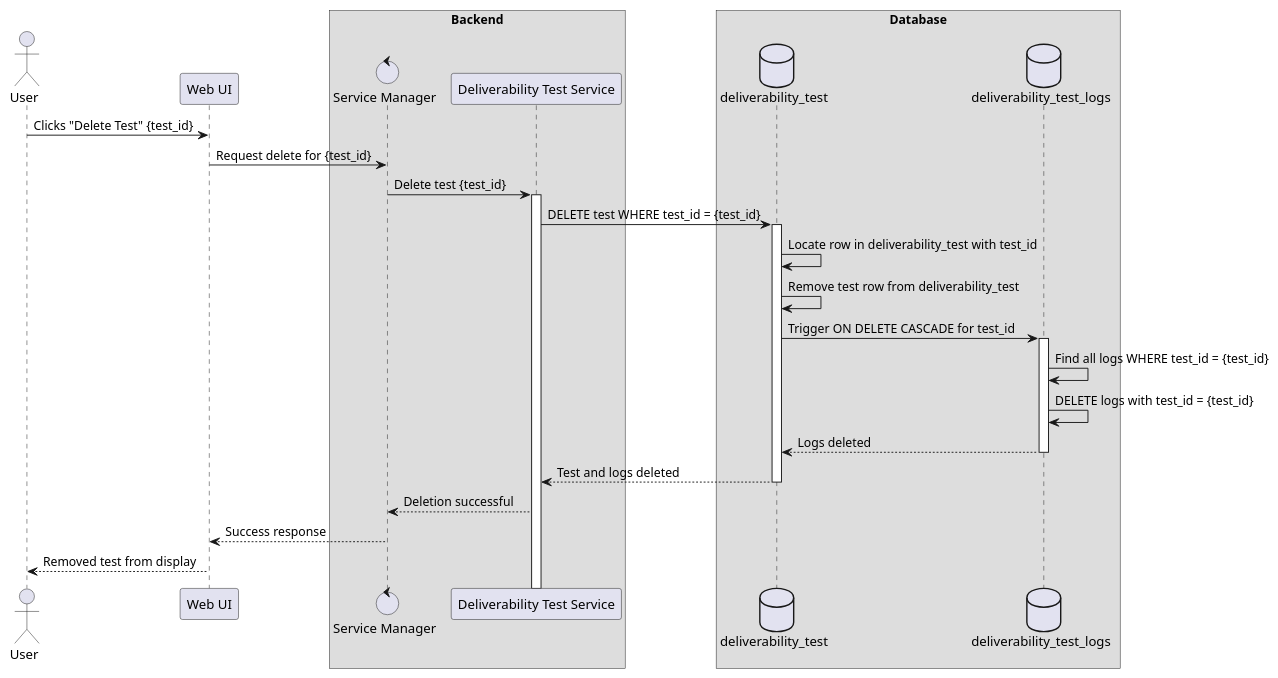
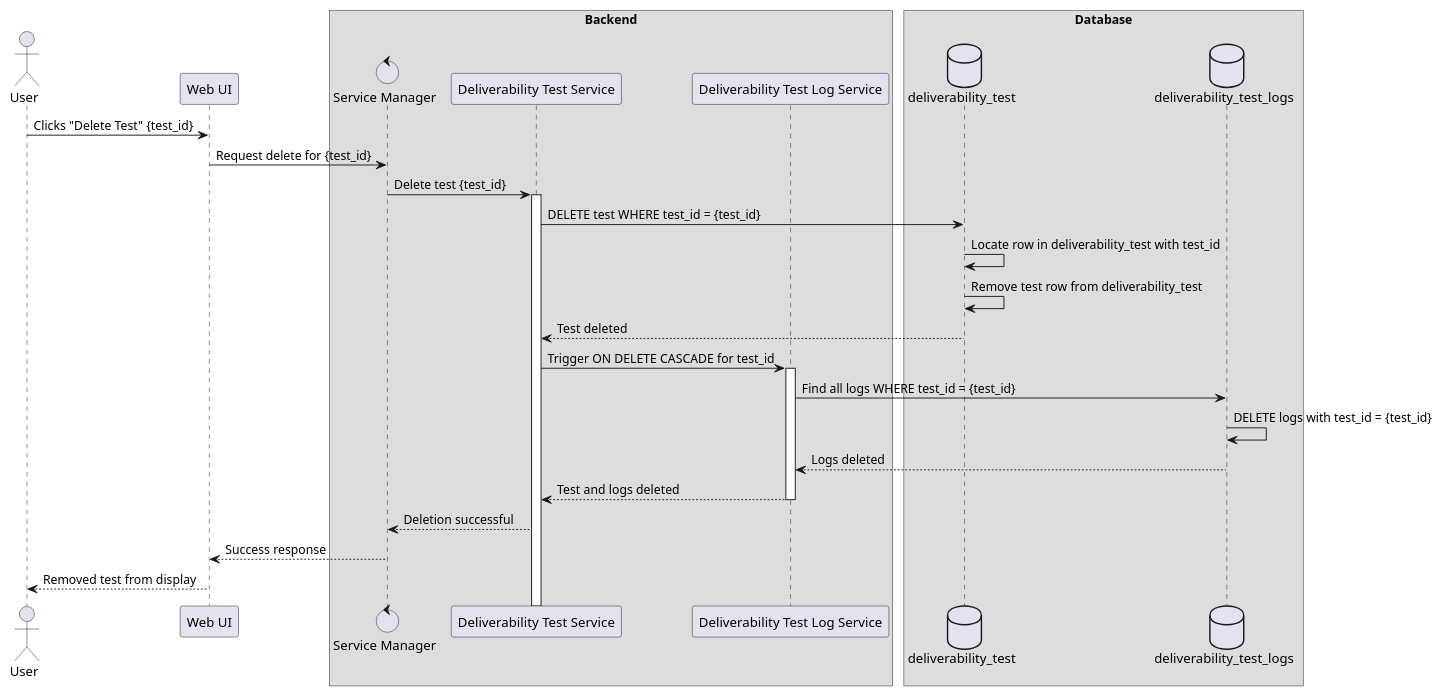
Before and after one commit to Xyz0074/testing-diagrams: the diagram in source/sequence-diagrams/test-deletion-sequence-diagram.puml, drawn with PlantUML.

```diff
--- a/source/sequence-diagrams/test-deletion-sequence-diagram.puml
+++ b/source/sequence-diagrams/test-deletion-sequence-diagram.puml
@@ -1,47 +1,46 @@
 @startuml
 !pragma teoz true
 
 /' Hard delete cascade flow for deliverability_test and deliverability_test_logs. '/
 
 actor User as user
 
 participant "Web UI" as web_ui
 
 box Backend
     control "Service Manager" as service_manager
     participant "Deliverability Test Service" as deliverability_test
+    participant "Deliverability Test Log Service" as deliverability_test_log
 end box
 
 box Database
     database "deliverability_test" as dt
     database "deliverability_test_logs" as dtl
 end box
 
 /' Step-by-step deletion flow with cascade '/
 
 user -> web_ui: Clicks "Delete Test" {test_id}
 web_ui -> service_manager: Request delete for {test_id}
 service_manager -> deliverability_test: Delete test {test_id}
 activate deliverability_test
 
 deliverability_test -> dt: DELETE test WHERE test_id = {test_id}
-activate dt
+
 dt -> dt: Locate row in deliverability_test with test_id
 dt -> dt: Remove test row from deliverability_test
+dt --> deliverability_test: Test deleted
 
 /' Cascade process begins '/
-dt -> dtl: Trigger ON DELETE CASCADE for test_id
-activate dtl
-dtl -> dtl: Find all logs WHERE test_id = {test_id}
+deliverability_test -> deliverability_test_log: Trigger ON DELETE CASCADE for test_id
+activate deliverability_test_log
+deliverability_test_log -> dtl: Find all logs WHERE test_id = {test_id}
 dtl -> dtl: DELETE logs with test_id = {test_id}
-dtl --> dt: Logs deleted
-deactivate dtl
-
-dt --> deliverability_test: Test and logs deleted
-deactivate dt
+dtl --> deliverability_test_log: Logs deleted
+deliverability_test_log --> deliverability_test: Test and logs deleted
+deactivate deliverability_test_log
 
 deliverability_test --> service_manager: Deletion successful
 service_manager --> web_ui: Success response
 web_ui --> user: Removed test from display
-
 @enduml
```
